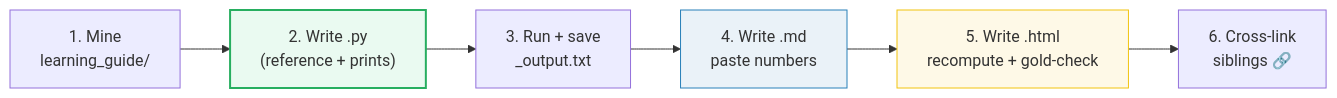
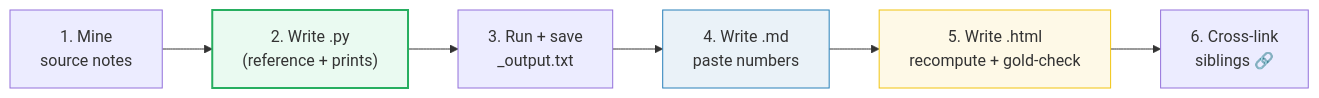
Before and after one commit to quanhua92/tutorials: the second of 3 diagrams in llm/HOW_TO_RESEARCH.md, drawn with Mermaid. The commit also changed other lines of this file and 42 other files, not shown here.

````diff
--- a/llm/HOW_TO_RESEARCH.md
+++ b/llm/HOW_TO_RESEARCH.md
@@ -75,11 +76,11 @@
 ```mermaid
 graph LR
-    S1["1. Mine<br/>learning_guide/"] --> S2["2. Write .py<br/>(reference + prints)"]
+    S1["1. Mine<br/>source notes"] --> S2["2. Write .py<br/>(reference + prints)"]
     S2 --> S3["3. Run + save<br/>_output.txt"]
     S3 --> S4["4. Write .md<br/>paste numbers"]
     S4 --> S5["5. Write .html<br/>recompute + gold-check"]
     S5 --> S6["6. Cross-link<br/>siblings 🔗"]
     style S2 fill:#eafaf1,stroke:#27ae60,stroke-width:2px
     style S4 fill:#eaf2f8,stroke:#2980b9
     style S5 fill:#fef9e7,stroke:#f1c40f
 ```
````
